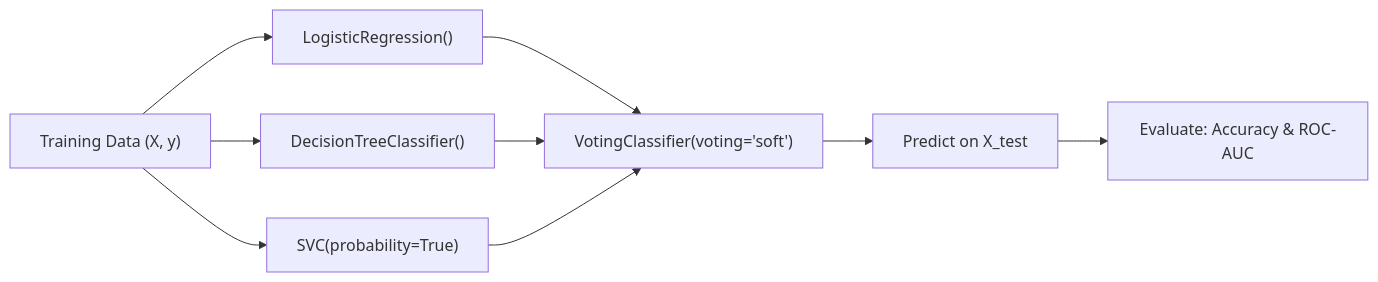
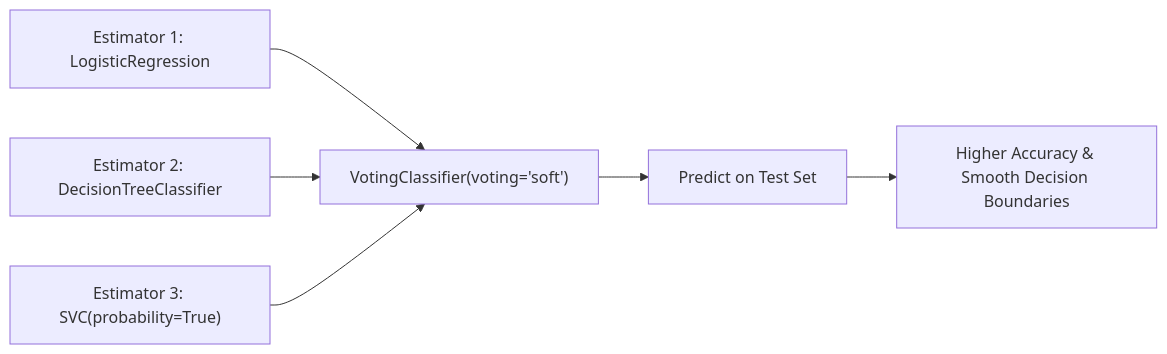
The diagram in lecture_30/Notes_30.11/README.md (S1h2i3v4a/AI_ML), drawn with Mermaid before and after one commit. The commit also changed other lines of this file and 57 other files, not shown here.

````diff
--- a/lecture_30/Notes_30.11/README.md
+++ b/lecture_30/Notes_30.11/README.md
@@ -18,13 +45,8 @@
 ```mermaid
 flowchart LR
-    A["Training Data (X, y)"] --> M1["LogisticRegression()"]
-    A --> M2["DecisionTreeClassifier()"]
-    A --> M3["SVC(probability=True)"]
-    
-    M1 --> V["VotingClassifier(voting='soft')"]
-    M2 --> V
-    M3 --> V
-    
-    V --> P["Predict on X_test"]
-    P --> E["Evaluate: Accuracy & ROC-AUC"]
+    A["Estimator 1: LogisticRegression"] --> V["VotingClassifier(voting='soft')"]
+    B["Estimator 2: DecisionTreeClassifier"] --> V
+    C["Estimator 3: SVC(probability=True)"] --> V
+    V --> D["Predict on Test Set"]
+    D --> E["Higher Accuracy & Smooth Decision Boundaries"]
 ```
````
